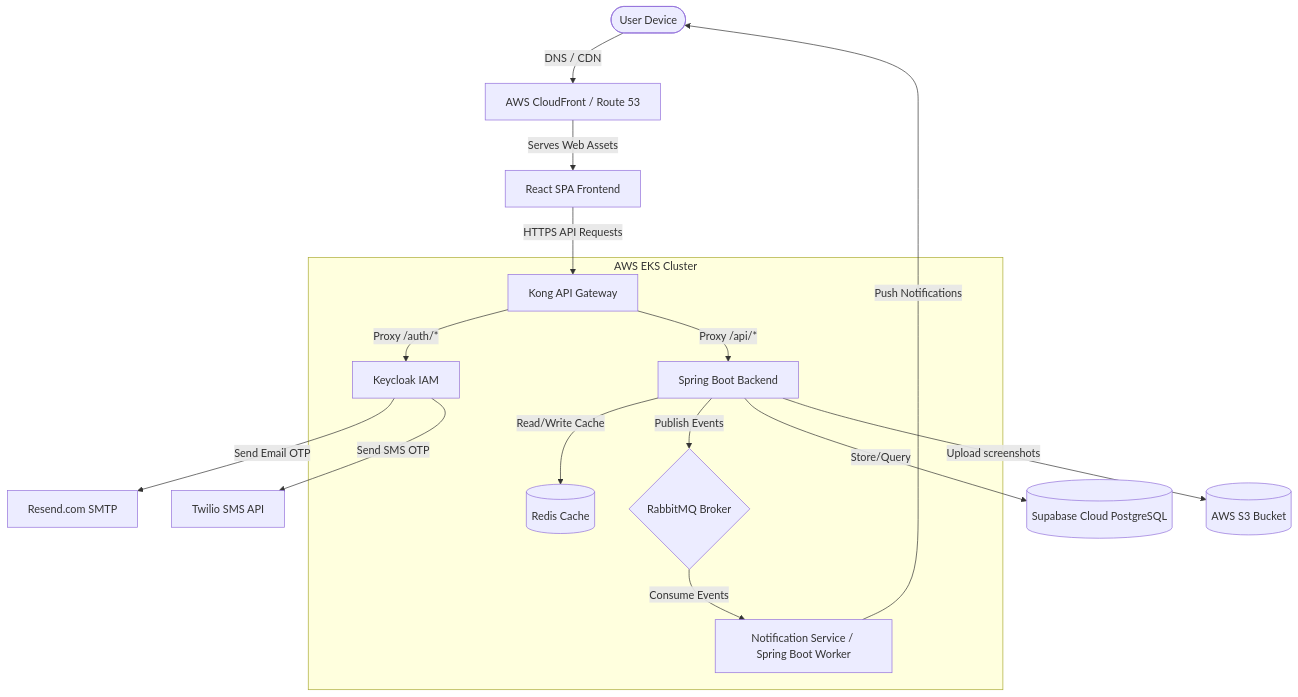
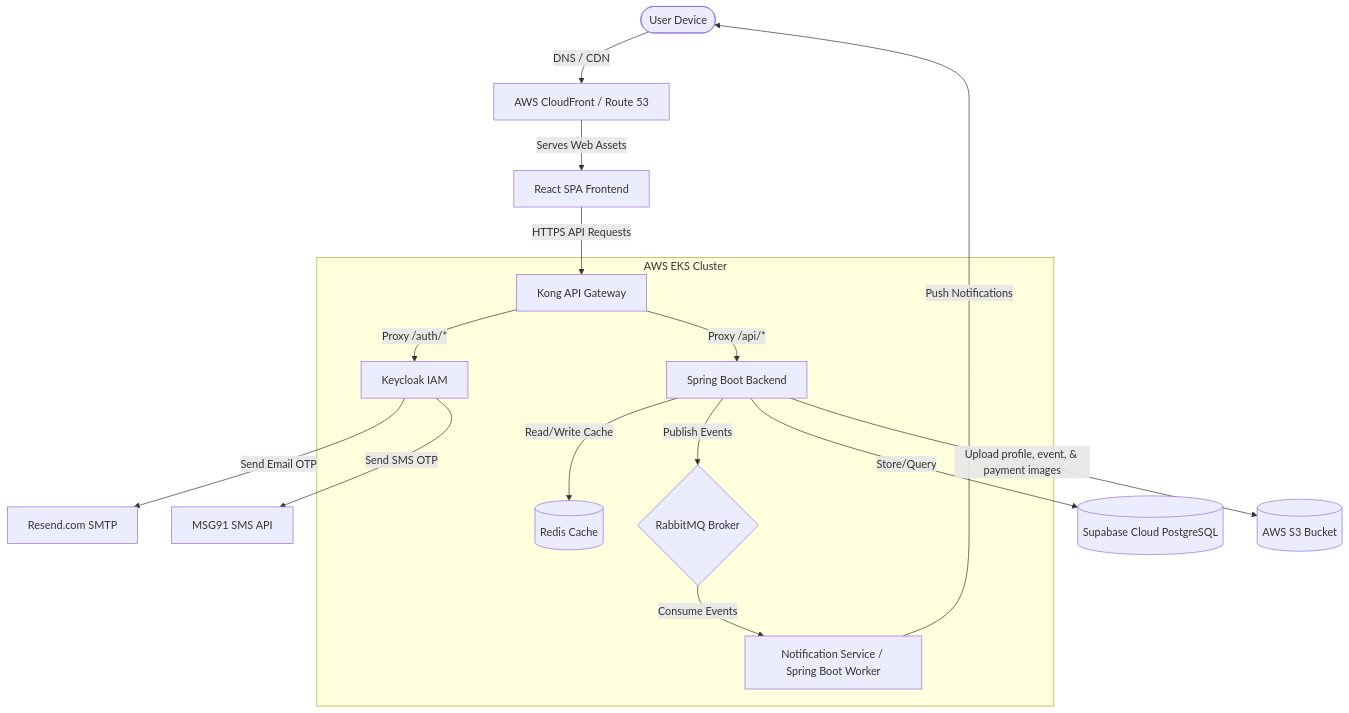
Before and after one commit to pec-developers/pec-events-app: the second of 4 diagrams in docs/hld.md, drawn with Mermaid. The commit also changed other lines of this file and 108 other files, not shown here.

````diff
--- a/docs/hld.md
+++ b/docs/hld.md
@@ -7,21 +36,21 @@
 ```mermaid
 graph TD
     User([User Device]) -->|DNS / CDN| CF[AWS CloudFront / Route 53]
     CF -->|Serves Web Assets| Frontend[React SPA Frontend]
     Frontend -->|HTTPS API Requests| Kong[Kong API Gateway]
     
     subgraph EKS [AWS EKS Cluster]
         Kong -->|Proxy /auth/*| Keycloak[Keycloak IAM]
         Kong -->|Proxy /api/*| SpringBoot[Spring Boot Backend]
         SpringBoot -->|Read/Write Cache| Redis[(Redis Cache)]
         SpringBoot -->|Publish Events| RabbitMQ{RabbitMQ Broker}
         RabbitMQ -->|Consume Events| NotificationWorker[Notification Service / Spring Boot Worker]
     end
     
     Keycloak -->|Send Email OTP| Resend[Resend.com SMTP]
-    Keycloak -->|Send SMS OTP| Twilio[Twilio SMS API]
+    Keycloak -->|Send SMS OTP| MSG91[MSG91 SMS API]
     
     SpringBoot -->|Store/Query| Supabase[(Supabase Cloud PostgreSQL)]
-    SpringBoot -->|Upload screenshots| S3[(AWS S3 Bucket)]
+    SpringBoot -->|"Upload profile, event, & payment images"| S3[(AWS S3 Bucket)]
     NotificationWorker -->|Push Notifications| User
 ```
````
